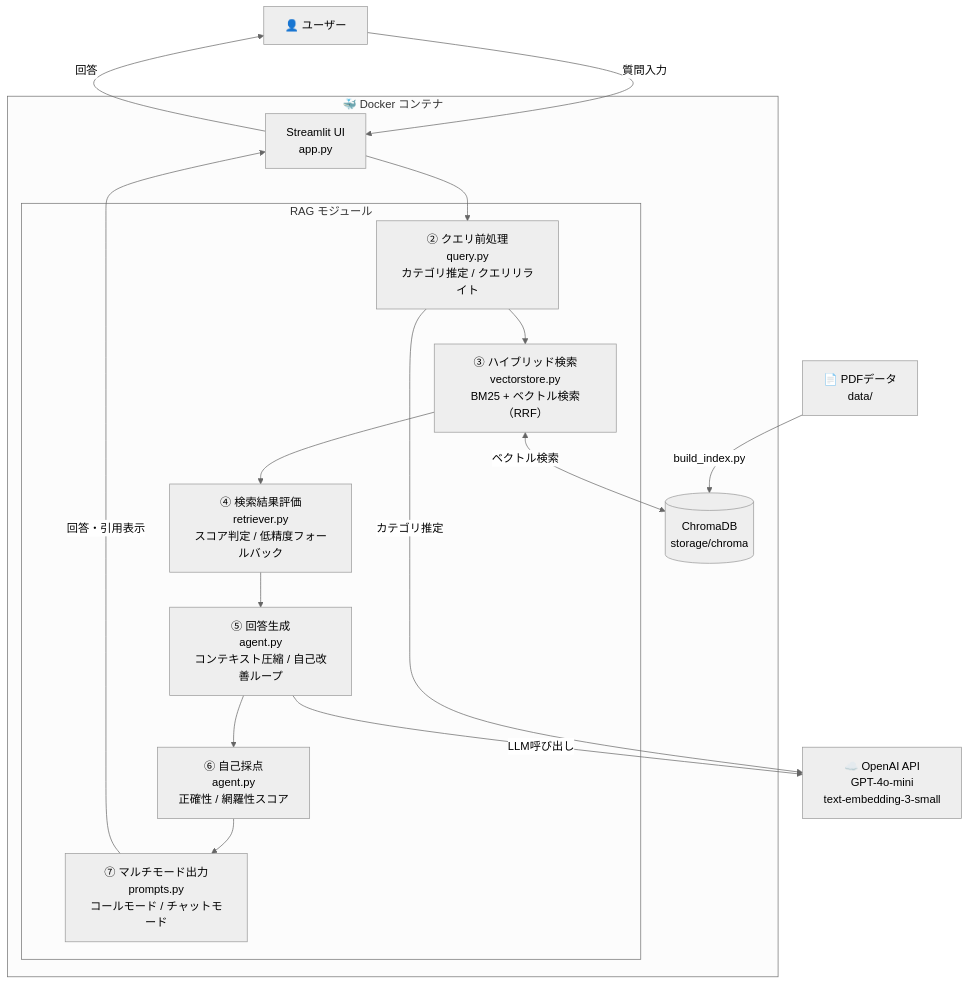
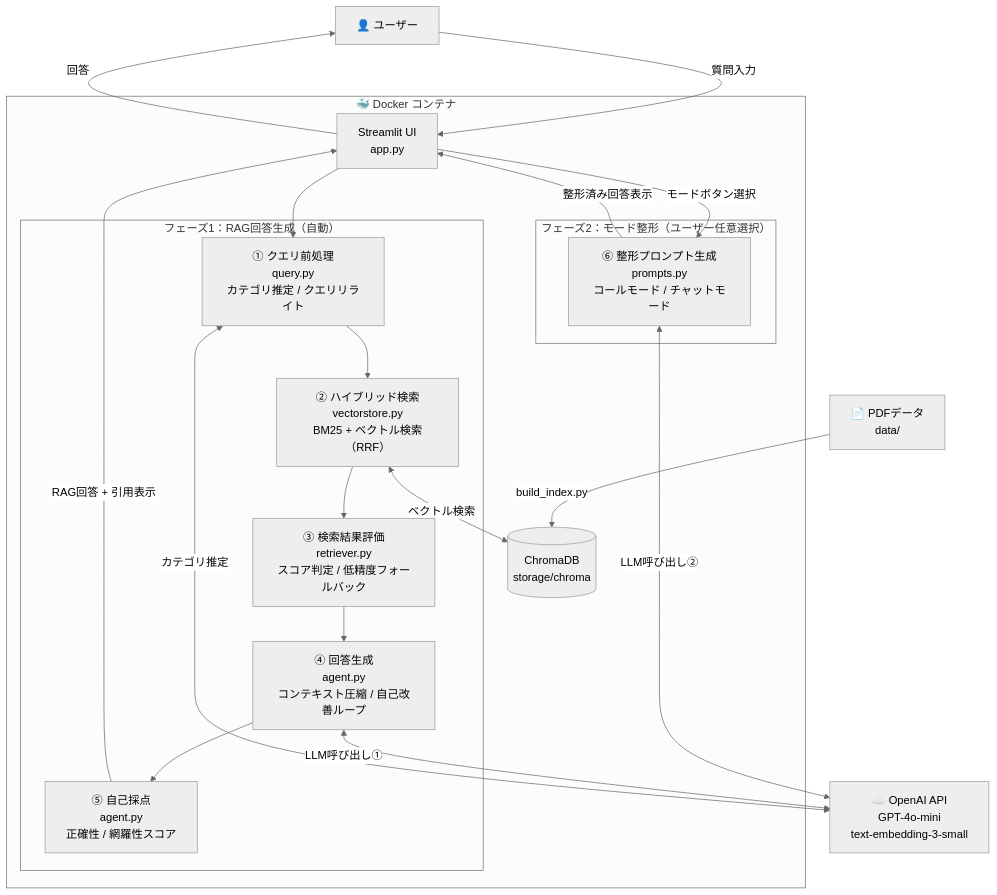
The diagram in README.md (biguver-cloud/rag-customer-support-agent), drawn with Mermaid (neutral theme) before and after one commit. The commit also changed other lines of this file, not shown here.

Commit message:
README：アーキテクチャ図を2フェーズ構成に修正
- フェーズ1（RAG回答生成・自動）とフェーズ2（モード整形・ユーザー任意選択）を分離
- prompts.pyをRAGパイプライン内から独立したフェーズ2として再配置
- LLM呼び出しが2回あることを図に明示
- 処理フローテーブルも2フェーズ構成（8ステップ）に更新

````diff
--- a/README.md
+++ b/README.md
@@ -131,37 +131,42 @@
 ```mermaid
 graph TD
     User["👤 ユーザー"]
 
     subgraph Docker["🐳 Docker コンテナ"]
         UI["Streamlit UI\napp.py"]
 
-        subgraph RAG["RAG モジュール"]
-            Q["② クエリ前処理\nquery.py\nカテゴリ推定 / クエリリライト"]
-            S["③ ハイブリッド検索\nvectorstore.py\nBM25 + ベクトル検索（RRF）"]
-            E["④ 検索結果評価\nretriever.py\nスコア判定 / 低精度フォールバック"]
-            A["⑤ 回答生成\nagent.py\nコンテキスト圧縮 / 自己改善ループ"]
-            SC["⑥ 自己採点\nagent.py\n正確性 / 網羅性スコア"]
-            P["⑦ マルチモード出力\nprompts.py\nコールモード / チャットモード"]
+        subgraph Phase1["フェーズ1：RAG回答生成（自動）"]
+            Q["① クエリ前処理\nquery.py\nカテゴリ推定 / クエリリライト"]
+            S["② ハイブリッド検索\nvectorstore.py\nBM25 + ベクトル検索（RRF）"]
+            E["③ 検索結果評価\nretriever.py\nスコア判定 / 低精度フォールバック"]
+            A["④ 回答生成\nagent.py\nコンテキスト圧縮 / 自己改善ループ"]
+            SC["⑤ 自己採点\nagent.py\n正確性 / 網羅性スコア"]
+        end
+
+        subgraph Phase2["フェーズ2：モード整形（ユーザー任意選択）"]
+            P["⑥ 整形プロンプト生成\nprompts.py\nコールモード / チャットモード"]
         end
 
         DB[("ChromaDB\nstorage/chroma")]
     end
 
     OAI["☁️ OpenAI API\nGPT-4o-mini\ntext-embedding-3-small"]
     PDF["📄 PDFデータ\ndata/"]
 
     User -->|質問入力| UI
     UI --> Q
     Q --> S
     S <-->|ベクトル検索| DB
     S --> E
     E --> A
     A --> SC
-    SC --> P
-    P -->|回答・引用表示| UI
+    SC -->|RAG回答 + 引用表示| UI
+    UI -->|モードボタン選択| P
+    P -->|整形済み回答表示| UI
     UI -->|回答| User
 
-    Q -->|カテゴリ推定| OAI
-    A -->|LLM呼び出し| OAI
+    A <-->|LLM呼び出し①| OAI
+    Q <-->|カテゴリ推定| OAI
+    P <-->|LLM呼び出し②| OAI
     PDF -->|build_index.py| DB
 ```
````
